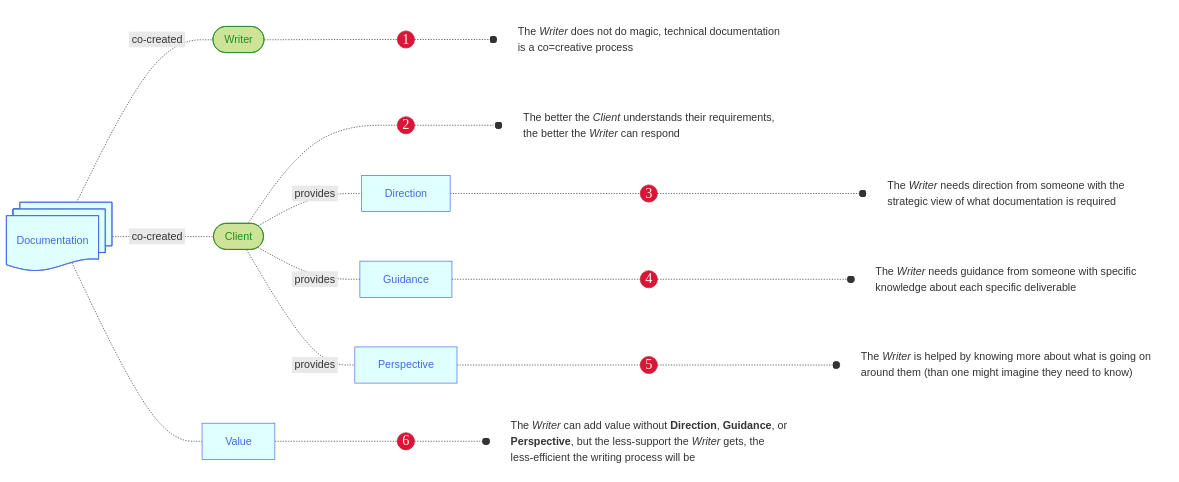
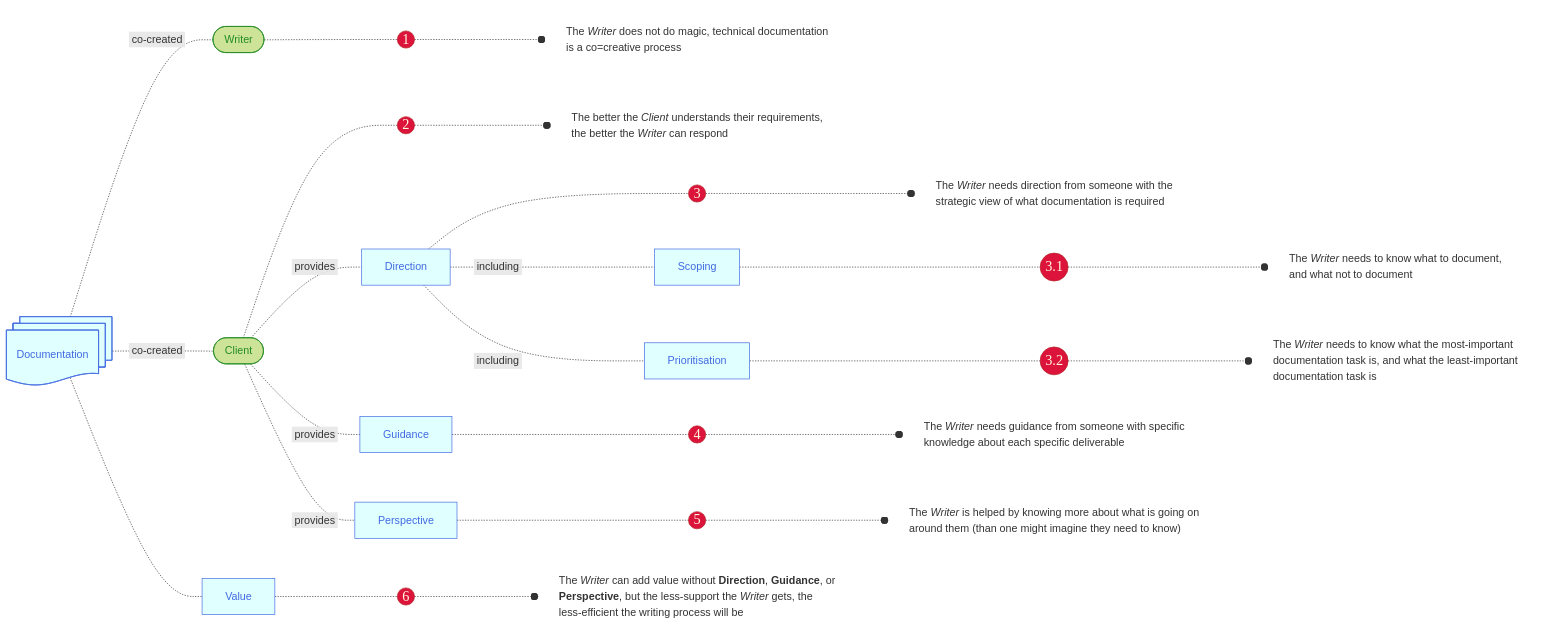
Before and after one commit to joe-dorward/samples: the diagram in co-creation_v1.md, drawn with Mermaid.

```diff
--- a/co-creation_v1.md
+++ b/co-creation_v1.md
@@ -52,6 +52,24 @@
   CLIENT_01-.&nbsp;provides&nbsp;.-
   DIRECTION_01
   %% ---------- ---------- ---------- ---------- ---------- ---------- ---------- ---------- ---------- ----------
+  3_1(("3.1")):::Number
+  SCOPING_01[&nbsp;Scoping&nbsp;]:::Entity
+  SCOPING_01_NOTE["The <i>Writer</i> needs to know what to document,<br/>and what not to document"]:::Note
+
+  3_2(("3.2")):::Number
+  PRIORITISATION_01[&nbsp;Prioritisation&nbsp;]:::Entity
+  PRIORITISATION_01_NOTE["The <i>Writer</i> needs to know what the most-important<br/>documentation task is, and what the least-important<br/>documentation task is"]:::Note
+
+  DIRECTION_01-.&nbsp;including&nbsp;.-
+  SCOPING_01-.-
+  3_1-.-o
+  SCOPING_01_NOTE
+
+  DIRECTION_01-.&nbsp;including&nbsp;.-
+  PRIORITISATION_01-.-
+  3_2-.-o
+  PRIORITISATION_01_NOTE
+  %% ---------- ---------- ---------- ---------- ---------- ---------- ---------- ---------- ---------- ----------
   4(("4")):::Number
   GUIDANCE_01[&nbsp;Guidance&nbsp;]:::Entity
   GUIDANCE_01_NOTE["The <i>Writer</i> needs guidance from someone with specific<br/>knowledge about each specific deliverable"]:::Note
```
